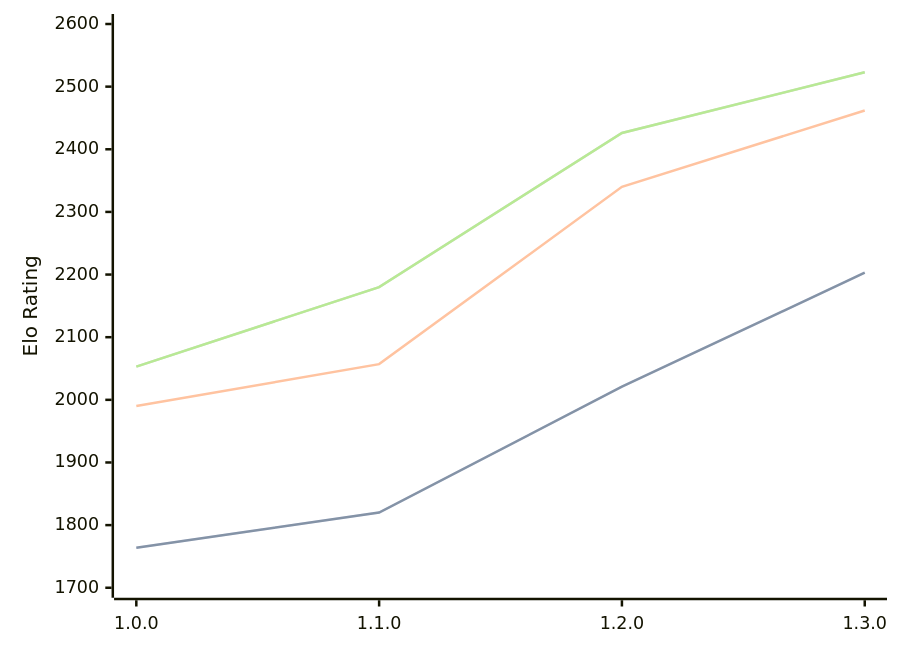
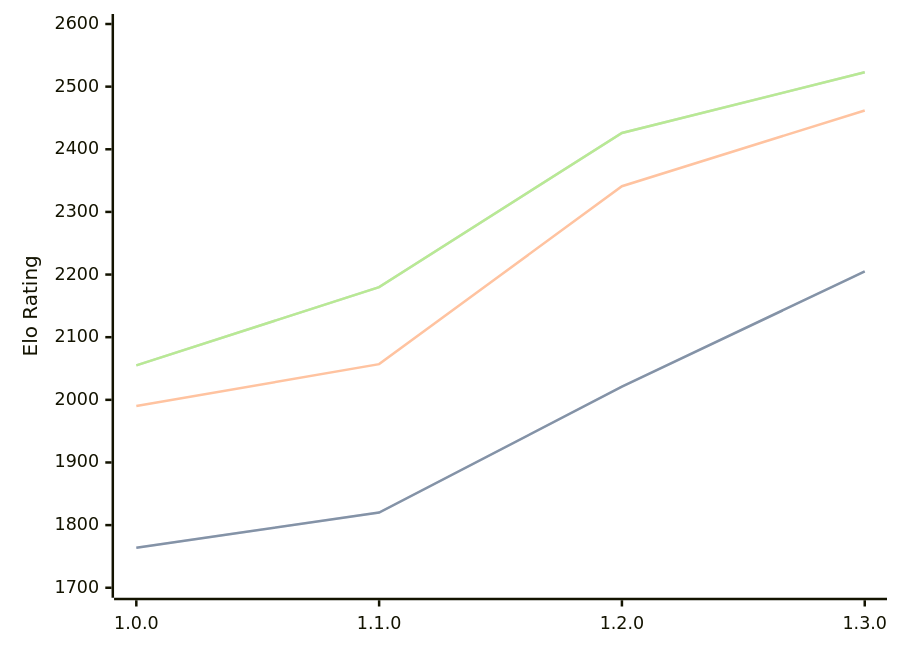
Before and after one commit to computer-chess-index/cci: the diagram in engines/Anodos.md, drawn with Mermaid. The commit also changed other lines of this file, not shown here.

Commit message:
Update CCI Ratings (ELO VLTC) - 2026-03-26

````diff
--- a/engines/Anodos.md
+++ b/engines/Anodos.md
@@ -45,11 +45,11 @@
 ```mermaid
 %%{init: {"theme":"base","themeVariables":{"seriesColors:['#a3a3a3','#222221','#faa371']}}}%%
 xychart-beta
   x-axis ["1.0.0", "1.1.0", "1.2.0", "1.3.0"]
   y-axis "Elo Rating" 1700 --> 2600
-  line "STC (8.0+0.08s)" [1764, 1820, 2021, 2203]
-  line "STC (8.0+0.08s)" [1764, 1820, 2021, 2203]
-  line "LTC (60.0+0.60s)" [1990, 2057, 2340, 2462]
-  line "VLTC (2m24s+1.12s)" [2053, 2180, 2426, 2523]
-  line "VLTC (2m24s+1.12s)" [2053, 2180, 2426, 2523]
+  line "STC (8.0+0.08s)" [1764, 1820, 2021, 2205]
+  line "STC (8.0+0.08s)" [1764, 1820, 2021, 2205]
+  line "LTC (60.0+0.60s)" [1990, 2057, 2341, 2462]
+  line "VLTC (2m24s+1.12s)" [2055, 2180, 2426, 2523]
+  line "VLTC (2m24s+1.12s)" [2055, 2180, 2426, 2523]
 ```
````
